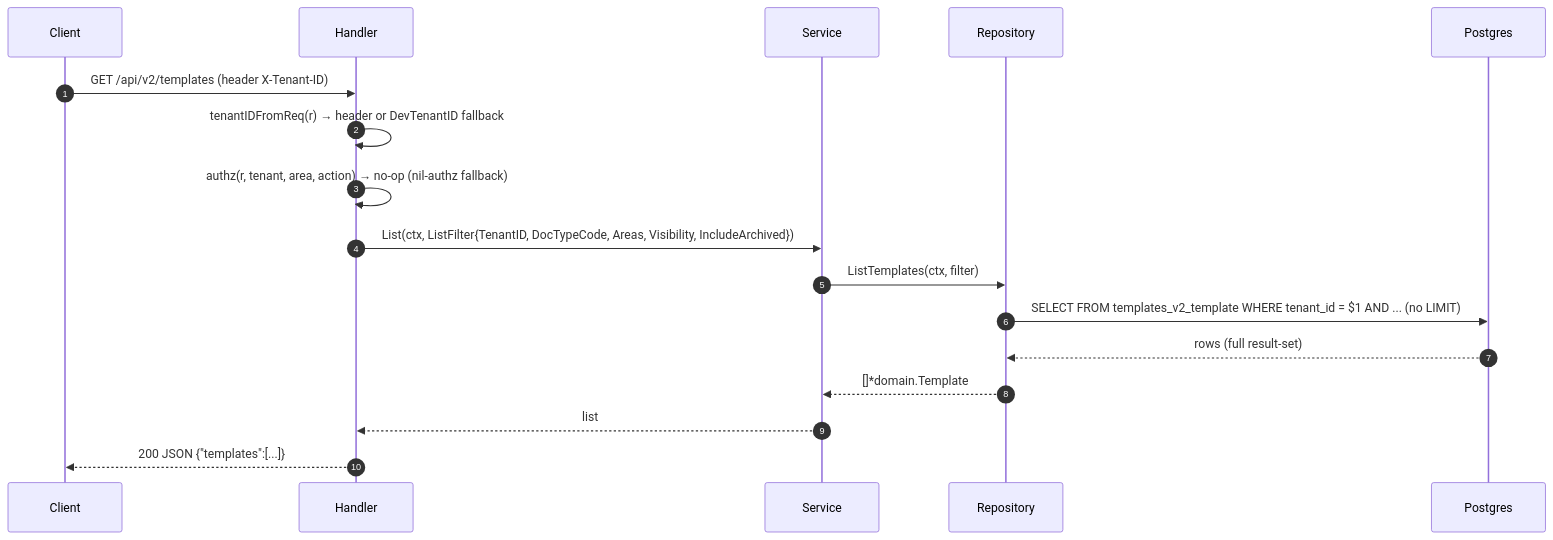
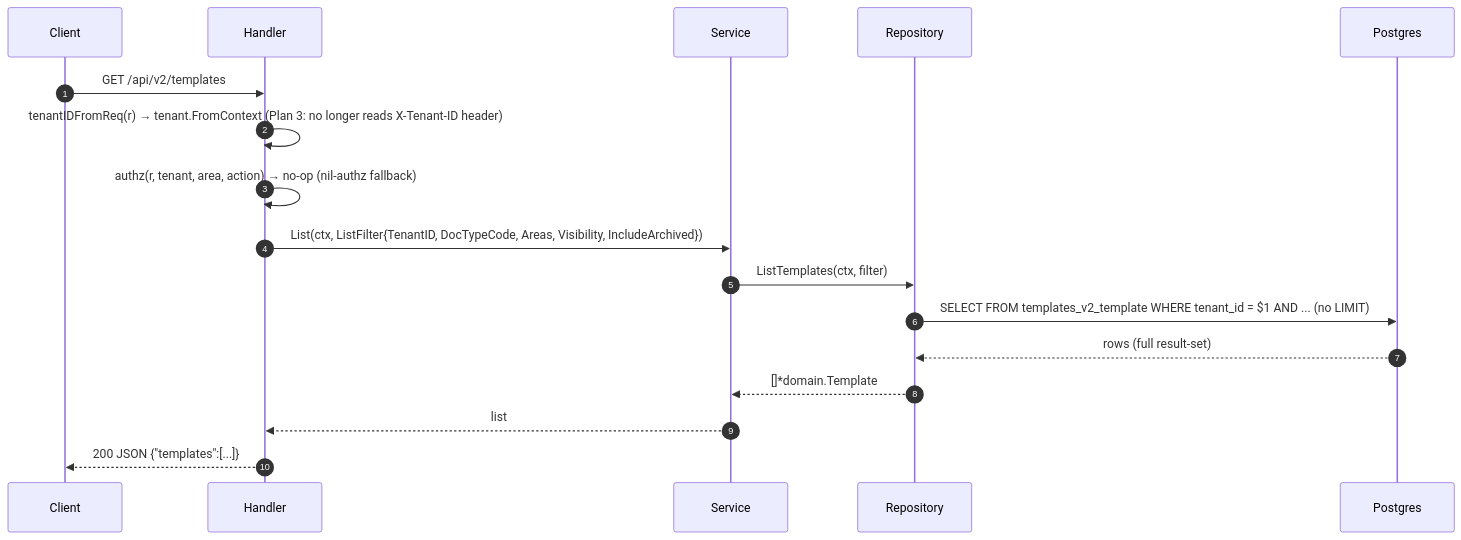
One commit to developmentconexus-ops/MetalDocs changed the third of 5 diagrams in wiki/modules/templates_v2.md. Above: the diagram before and after it, drawn with Mermaid. The commit also changed other lines of this file and 14 other files, not shown here.

Commit message:
docs(wiki): refresh Plan 3 — bump Last verified, fix anchors, add tenant-context arch doc

````diff
--- a/wiki/modules/templates_v2.md
+++ b/wiki/modules/templates_v2.md
@@ -217,19 +217,19 @@
 ```mermaid
 sequenceDiagram
     autonumber
     participant C as Client
     participant H as Handler
     participant S as Service
     participant R as Repository
     participant DB as Postgres
-    C->>H: GET /api/v2/templates (header X-Tenant-ID)
-    H->>H: tenantIDFromReq(r) → header or DevTenantID fallback
+    C->>H: GET /api/v2/templates
+    H->>H: tenantIDFromReq(r) → tenant.FromContext (Plan 3: no longer reads X-Tenant-ID header)
     H->>H: authz(r, tenant, area, action) → no-op (nil-authz fallback)
     H->>S: List(ctx, ListFilter{TenantID, DocTypeCode, Areas, Visibility, IncludeArchived})
     S->>R: ListTemplates(ctx, filter)
     R->>DB: SELECT FROM templates_v2_template WHERE tenant_id = $1 AND ... (no LIMIT)
     DB-->>R: rows (full result-set)
     R-->>S: []*domain.Template
     S-->>H: list
     H-->>C: 200 JSON {"templates":[...]}
 ```
````
